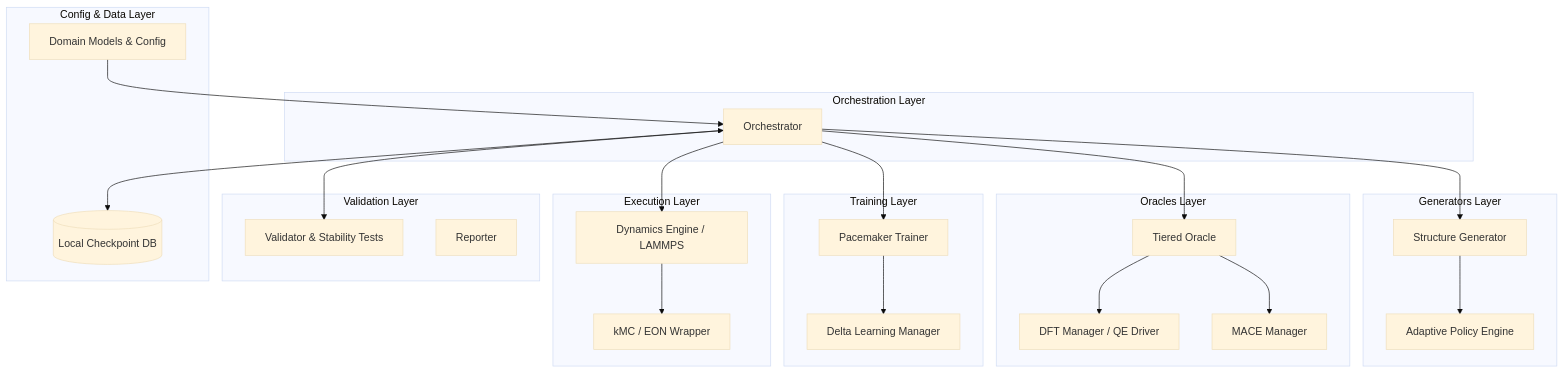
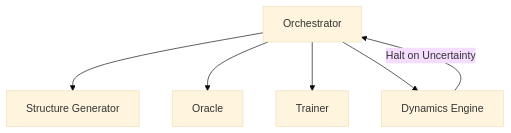
The diagram in README.md (tsuyama1990/mlip_pipelines), drawn with Mermaid (base theme) before and after one commit. The commit also changed other lines of this file and 15 other files, not shown here.

First line of the commit message:
docs: Generate complete AC-CDD architecture documentation

````diff
--- a/README.md
+++ b/README.md
@@ -31,52 +14,8 @@
 ```mermaid
 graph TD
-    subgraph Orchestration Layer
-        O[Orchestrator]
-    end
-
-    subgraph Config & Data Layer
-        C[Domain Models & Config]
-        DB[(Local Checkpoint DB)]
-    end
-
-    subgraph Generators Layer
-        G[Structure Generator]
-        AP[Adaptive Policy Engine]
-    end
-
-    subgraph Oracles Layer
-        TO[Tiered Oracle]
-        MACE[MACE Manager]
-        DFT[DFT Manager / QE Driver]
-    end
-
-    subgraph Training Layer
-        T[Pacemaker Trainer]
-        DL[Delta Learning Manager]
-    end
-
-    subgraph Execution Layer
-        DE[Dynamics Engine / LAMMPS]
-        EON[kMC / EON Wrapper]
-    end
-
-    subgraph Validation Layer
-        V[Validator & Stability Tests]
-        REP[Reporter]
-    end
-
-    C --> O
-    O --> G
-    O --> TO
-    O --> T
-    O --> DE
-    O --> V
-
-    O <--> DB
-
-    G --> AP
-    TO --> MACE
-    TO --> DFT
-    T --> DL
-    DE --> EON
+    O[Orchestrator] --> SG[Structure Generator]
+    O --> OR[Oracle]
+    O --> TR[Trainer]
+    O --> DE[Dynamics Engine]
+    DE -- Halt on Uncertainty --> O
 ```
````
